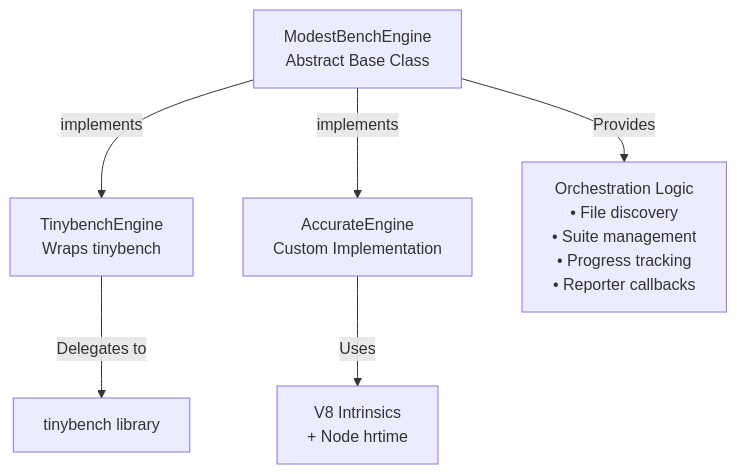
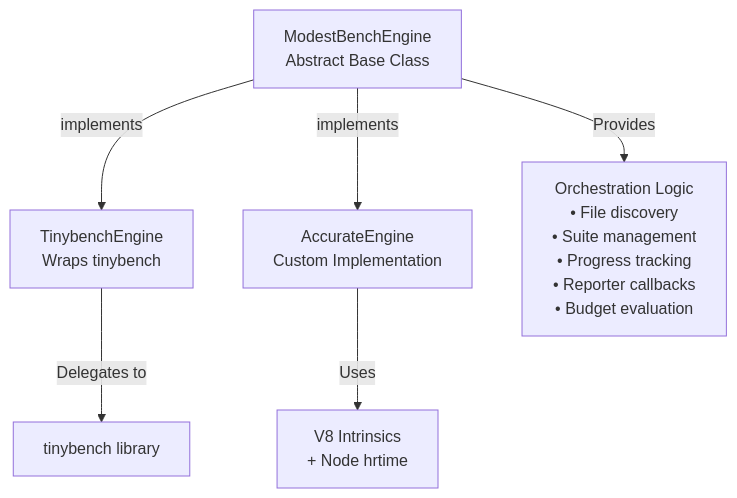
The third of 11 diagrams in ARCHITECTURE.md (boneskull/modestbench), drawn with Mermaid before and after one commit. The commit also changed other lines of this file, not shown here.

````diff
--- a/ARCHITECTURE.md
+++ b/ARCHITECTURE.md
@@ -170,14 +177,14 @@
 ```mermaid
 graph TB
     Abstract[ModestBenchEngine<br/>Abstract Base Class]
     Tinybench[TinybenchEngine<br/>Wraps tinybench]
     Accurate[AccurateEngine<br/>Custom Implementation]
 
     Abstract -->|implements| Tinybench
     Abstract -->|implements| Accurate
 
-    Abstract -->|Provides| Orchestration[Orchestration Logic<br/>• File discovery<br/>• Suite management<br/>• Progress tracking<br/>• Reporter callbacks]
+    Abstract -->|Provides| Orchestration[Orchestration Logic<br/>• File discovery<br/>• Suite management<br/>• Progress tracking<br/>• Reporter callbacks<br/>• Budget evaluation]
 
     Tinybench -->|Delegates to| TinybenchLib[tinybench library]
     Accurate -->|Uses| V8[V8 Intrinsics<br/>+ Node hrtime]
 ```
````
